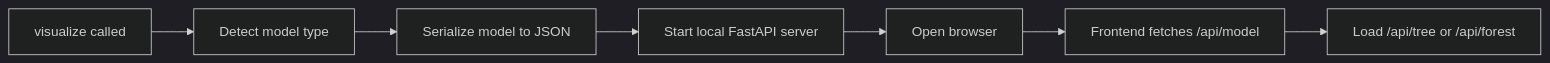
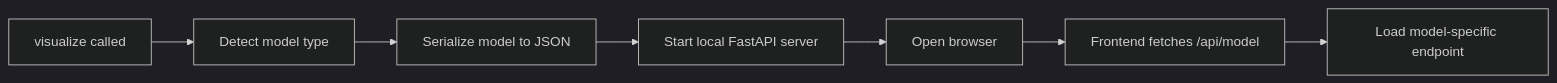
Before and after one commit to NicGroenewald/ML-visualizer: the diagram in README.md, drawn with Mermaid (dark theme). The commit also changed other lines of this file and 38 other files, not shown here.

````diff
--- a/README.md
+++ b/README.md
@@ -131,9 +230,9 @@
 ```mermaid
 graph LR
     A[visualize called] --> B[Detect model type]
     B --> C[Serialize model to JSON]
     C --> D[Start local FastAPI server]
     D --> E[Open browser]
     E --> F[Frontend fetches /api/model]
-    F --> G[Load /api/tree or /api/forest]
+    F --> G[Load model-specific endpoint]
 ```
````
